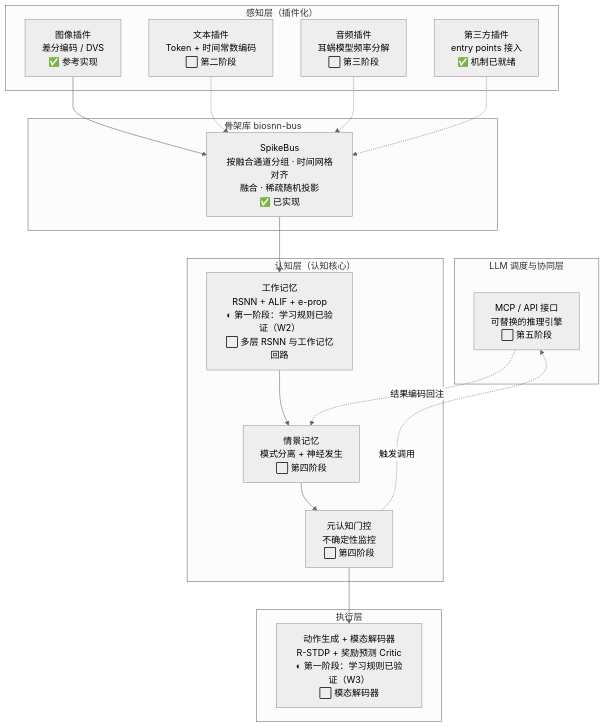
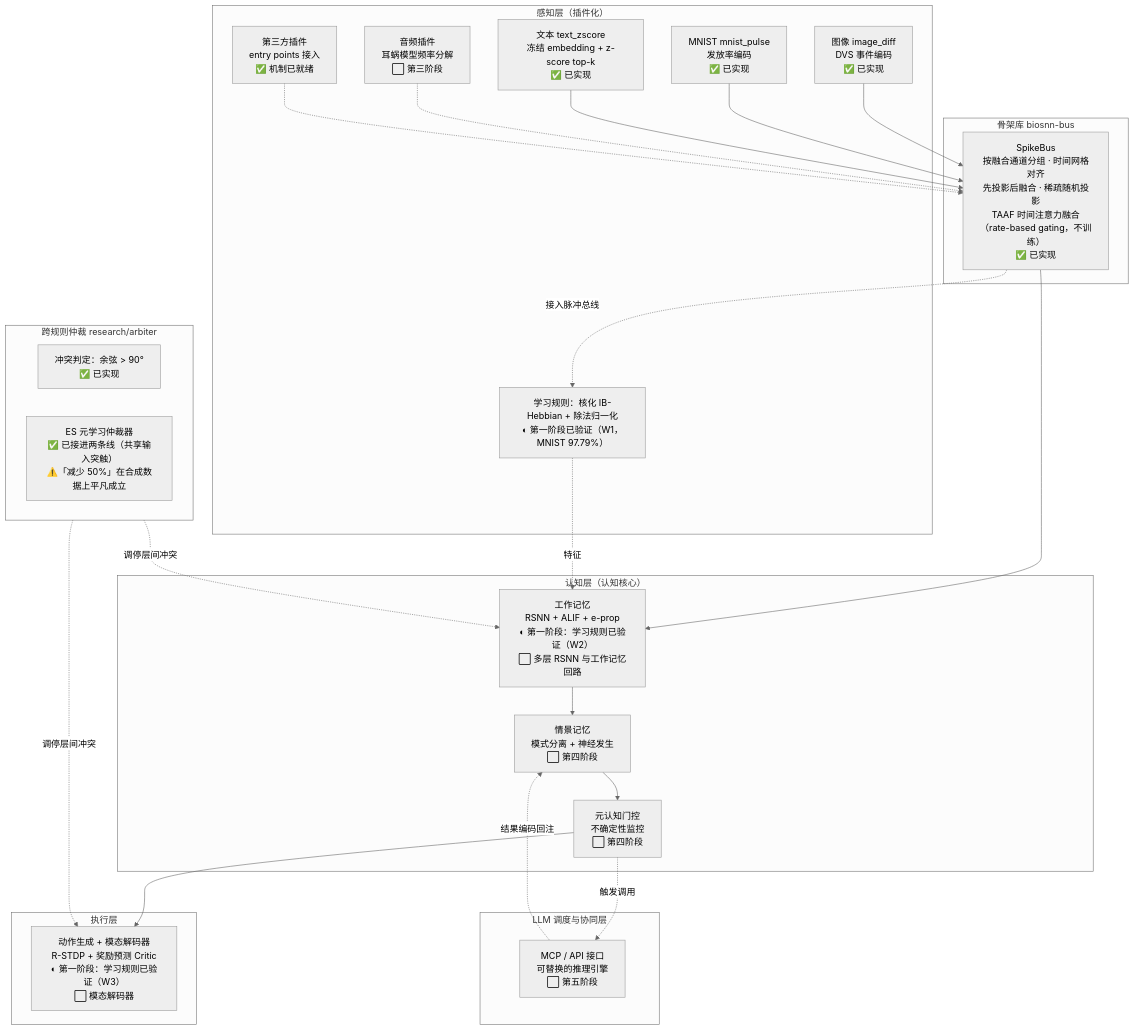
Before and after one commit to lzmd-arch/BioSNN-Plug: the diagram in README.md, drawn with Mermaid (neutral theme). The commit also changed other lines of this file and 4 other files, not shown here.

First line of the commit message:
架构图同步到实况；补上 en/ja 台账里漏掉的 Javis 登记

````diff
--- a/README.md
+++ b/README.md
@@ -84,39 +84,51 @@
 ```mermaid
 flowchart TB
     subgraph L5["LLM 调度与协同层"]
         MCP["MCP / API 接口<br/>可替换的推理引擎<br/>⬜ 第五阶段"]
     end
 
     subgraph L4["执行层"]
         ACT["动作生成 + 模态解码器<br/>R-STDP + 奖励预测 Critic<br/>◐ 第一阶段：学习规则已验证（W3）<br/>⬜ 模态解码器"]
     end
 
     subgraph L3["认知层（认知核心）"]
         WM["工作记忆<br/>RSNN + ALIF + e-prop<br/>◐ 第一阶段：学习规则已验证（W2）<br/>⬜ 多层 RSNN 与工作记忆回路"]
         EM["情景记忆<br/>模式分离 + 神经发生<br/>⬜ 第四阶段"]
         MG["元认知门控<br/>不确定性监控<br/>⬜ 第四阶段"]
     end
 
+    subgraph ARB["跨规则仲裁 research/arbiter"]
+        CF["冲突判定：余弦 > 90°<br/>✅ 已实现"]
+        ES["ES 元学习仲裁器<br/>✅ 已接进两条线（共享输入突触）<br/>⚠️「减少 50%」在合成数据上平凡成立"]
+    end
+
     subgraph L2["骨架库 biosnn-bus"]
-        BUS["SpikeBus<br/>按融合通道分组 · 时间网格对齐<br/>融合 · 稀疏随机投影<br/>✅ 已实现"]
+        BUS["SpikeBus<br/>按融合通道分组 · 时间网格对齐<br/>先投影后融合 · 稀疏随机投影<br/>TAAF 时间注意力融合（rate-based gating，不训练）<br/>✅ 已实现"]
     end
 
     subgraph L1["感知层（插件化）"]
-        IMG["图像插件<br/>差分编码 / DVS<br/>✅ 参考实现"]
-        TXT["文本插件<br/>Token + 时间常数编码<br/>⬜ 第二阶段"]
+        IMG["图像 image_diff<br/>DVS 事件编码<br/>✅ 已实现"]
+        MN["MNIST mnist_pulse<br/>发放率编码<br/>✅ 已实现"]
+        TXT["文本 text_zscore<br/>冻结 embedding + z-score top-k<br/>✅ 已实现"]
         AUD["音频插件<br/>耳蜗模型频率分解<br/>⬜ 第三阶段"]
         THIRD["第三方插件<br/>entry points 接入<br/>✅ 机制已就绪"]
+        HEB["学习规则：核化 IB-Hebbian + 除法归一化<br/>◐ 第一阶段已验证（W1，MNIST 97.79%）"]
     end
 
     IMG --> BUS
-    TXT -.-> BUS
+    MN --> BUS
+    TXT --> BUS
     AUD -.-> BUS
     THIRD -.-> BUS
 
     BUS --> WM
+    BUS -.->|接入脉冲总线| HEB
+    HEB -.->|特征| WM
     WM --> EM
     EM --> MG
     MG --> ACT
     MG -.->|触发调用| MCP
     MCP -.->|结果编码回注| EM
+    ARB -.->|调停层间冲突| WM
+    ARB -.->|调停层间冲突| ACT
 ```
````
